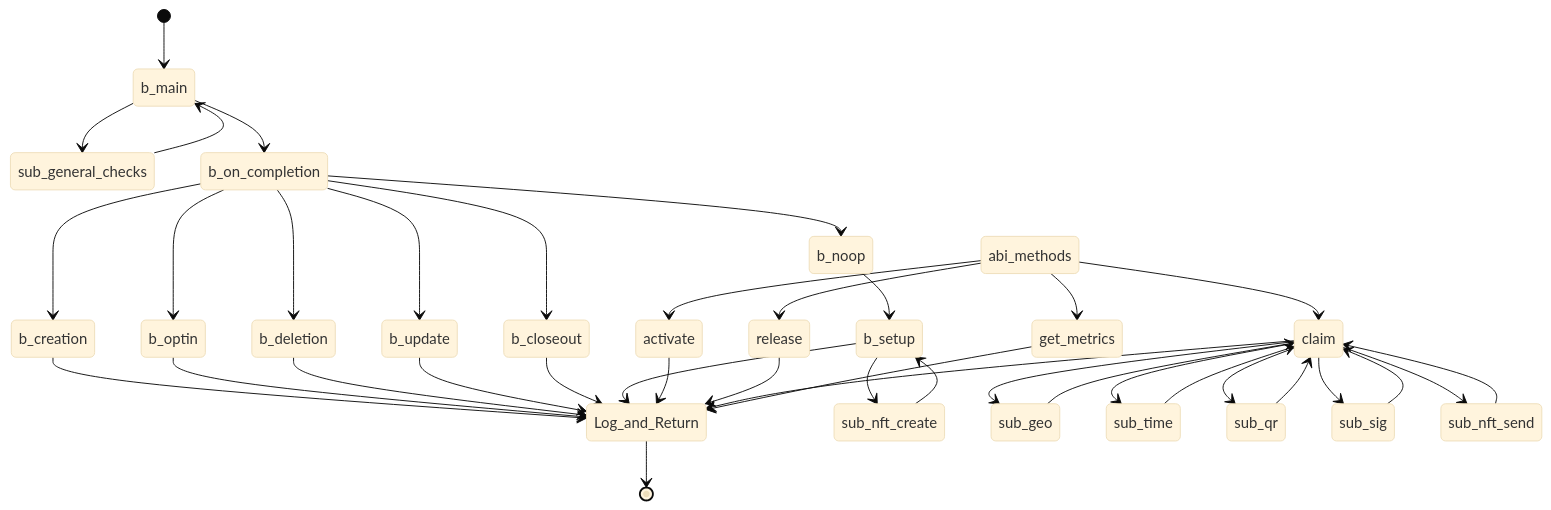
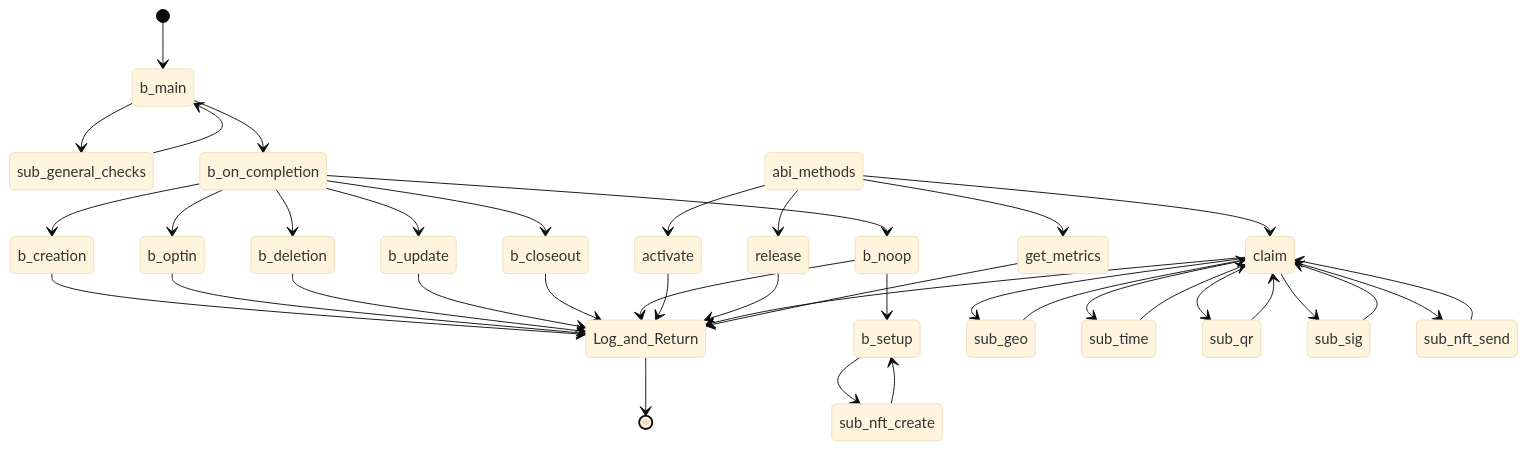
The ninth of 10 diagrams in profile/README.md (GoPlausible/.github), drawn with Mermaid (base theme) before and after one commit.

````diff
--- a/profile/README.md
+++ b/profile/README.md
@@ -435,55 +435,55 @@
 ```mermaid
   stateDiagram-v2
     [*] --> b_main
     b_main --> sub_general_checks
     sub_general_checks --> b_main
     b_main --> b_on_completion
     
     b_on_completion --> b_creation
     b_creation --> Log_and_Return
     b_on_completion --> b_optin
     b_optin --> Log_and_Return
     b_on_completion --> b_deletion
     b_deletion --> Log_and_Return
     b_on_completion --> b_update
     b_update --> Log_and_Return
     b_on_completion --> b_closeout
     b_closeout --> Log_and_Return
 
     b_on_completion --> b_noop
     b_noop --> b_setup
     b_setup --> sub_nft_create
     sub_nft_create --> b_setup
-    b_setup --> Log_and_Return
+    b_noop --> Log_and_Return
    
 
 
     abi_methods --> activate
     activate --> Log_and_Return
 
     abi_methods --> release
     release --> Log_and_Return
 
     abi_methods --> claim
     claim --> sub_geo
     sub_geo --> claim
     claim --> sub_time
     sub_time --> claim
     claim --> sub_qr
     sub_qr --> claim
     claim --> sub_sig
     sub_sig --> claim
     claim --> sub_nft_send
     sub_nft_send --> claim
     claim --> Log_and_Return
 
 
     
   
     abi_methods --> get_metrics
     get_metrics --> Log_and_Return
   
     
     Log_and_Return --> [*]
     
 ```
````
